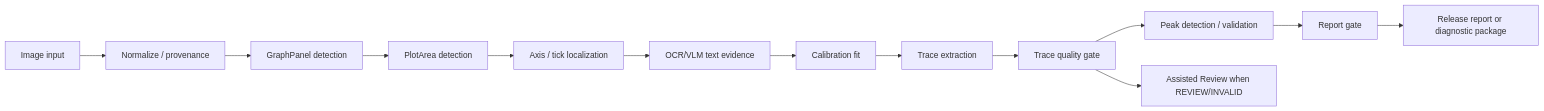
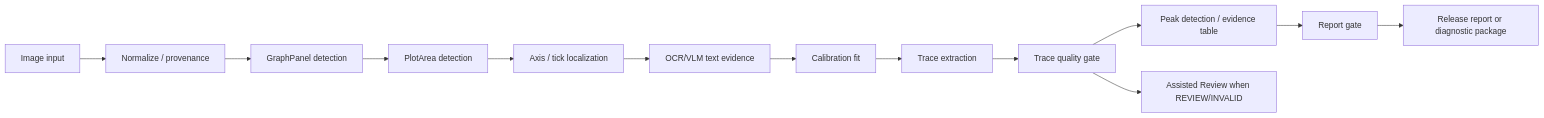
The diagram in docs/AUTONOMOUS_PRODUCTION_ARCHITECTURE.md (RandoTeam/ChromaLab), drawn with Mermaid before and after one commit. The commit also changed other lines of this file and 23 other files, not shown here.

Commit message:
Add Phase 5 autonomous peak evidence review

````diff
--- a/docs/AUTONOMOUS_PRODUCTION_ARCHITECTURE.md
+++ b/docs/AUTONOMOUS_PRODUCTION_ARCHITECTURE.md
@@ -9,15 +9,15 @@
 ```mermaid
 flowchart LR
     A["Image input"] --> B["Normalize / provenance"]
     B --> C["GraphPanel detection"]
     C --> D["PlotArea detection"]
     D --> E["Axis / tick localization"]
     E --> F["OCR/VLM text evidence"]
     F --> G["Calibration fit"]
     G --> H["Trace extraction"]
     H --> I["Trace quality gate"]
-    I --> J["Peak detection / validation"]
+    I --> J["Peak detection / evidence table"]
     J --> K["Report gate"]
     K --> L["Release report or diagnostic package"]
     I --> M["Assisted Review when REVIEW/INVALID"]
 ```
````
